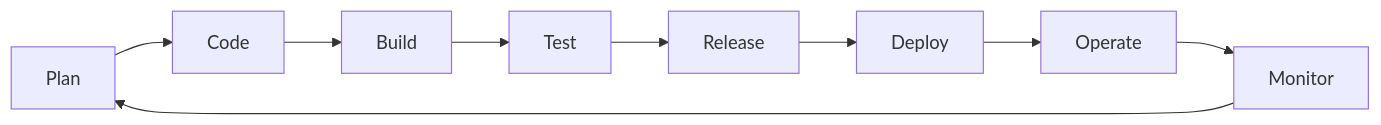
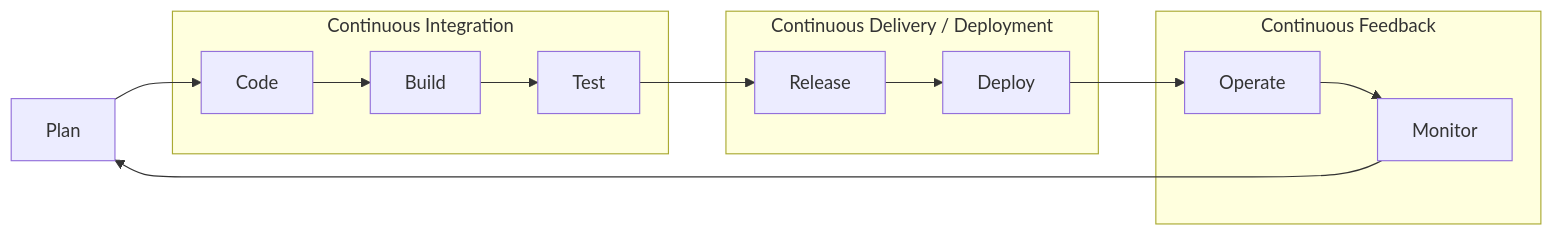
The diagram in docs/01-foundations/01-sdlc-devops-foundations.md (vukasin0107/devops-app), drawn with Mermaid before and after one commit. The commit also changed other lines of this file, not shown here.

````diff
--- a/docs/01-foundations/01-sdlc-devops-foundations.md
+++ b/docs/01-foundations/01-sdlc-devops-foundations.md
@@ -15,4 +20,18 @@
 ```mermaid
 flowchart LR
     Plan --> Code --> Build --> Test --> Release --> Deploy --> Operate --> Monitor --> Plan
+
+    subgraph CI[Continuous Integration]
+        Code
+        Build
+        Test
+    end
+    subgraph CD[Continuous Delivery / Deployment]
+        Release
+        Deploy
+    end
+    subgraph FB[Continuous Feedback]
+        Operate
+        Monitor
+    end
 ```
````
